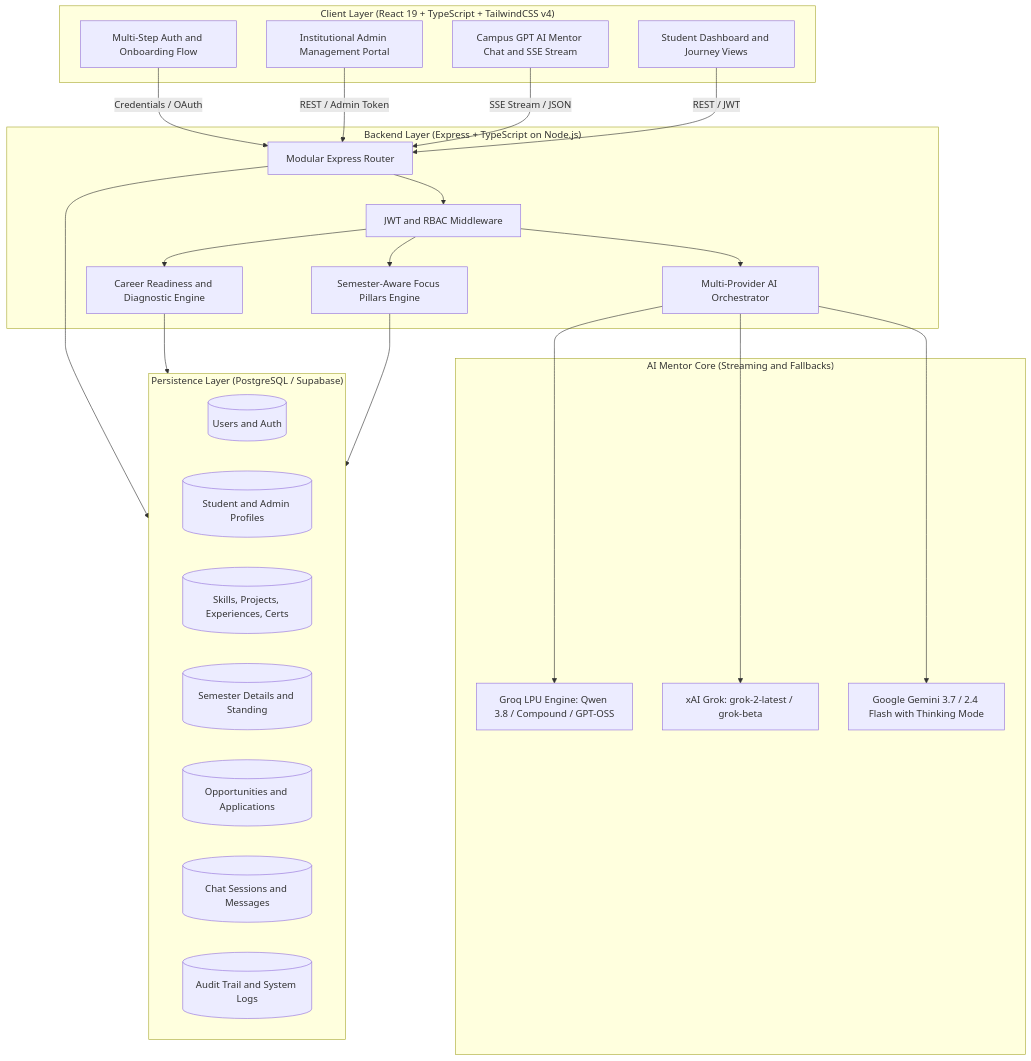
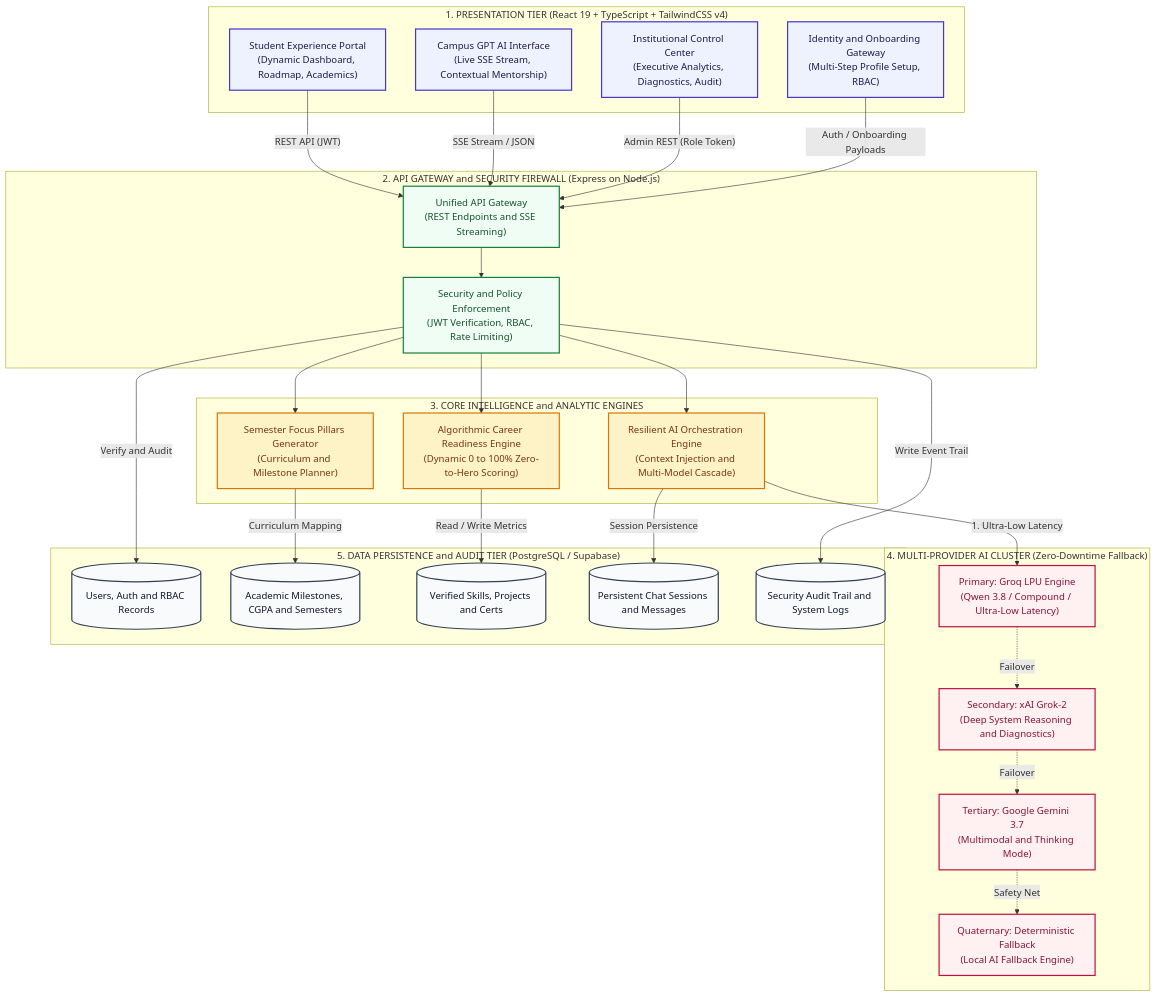
The diagram in README.md (aliraza5101/Campus-OS), drawn with Mermaid before and after one commit. The commit also changed other lines of this file, not shown here.

Commit message:
docs: upgrade system architecture to 5-tier enterprise diagram with evaluators breakdown

````diff
--- a/README.md
+++ b/README.md
@@ -54,51 +54,90 @@
 ```mermaid
-graph TD
-    subgraph Frontend ["Client Layer (React 19 + TypeScript + TailwindCSS v4)"]
-        UI_Student["Student Dashboard and Journey Views"]
-        UI_AI["Campus GPT AI Mentor Chat and SSE Stream"]
-        UI_Admin["Institutional Admin Management Portal"]
-        UI_Auth["Multi-Step Auth and Onboarding Flow"]
+graph TB
+    %% ========================================================
+    %% 1. PRESENTATION TIER (CLIENT EXPERIENCE)
+    %% ========================================================
+    subgraph ClientTier ["1. PRESENTATION TIER (React 19 + TypeScript + TailwindCSS v4)"]
+        UI_Student["Student Experience Portal<br/>(Dynamic Dashboard, Roadmap, Academics)"]
+        UI_AI["Campus GPT AI Interface<br/>(Live SSE Stream, Contextual Mentorship)"]
+        UI_Admin["Institutional Control Center<br/>(Executive Analytics, Diagnostics, Audit)"]
+        UI_Auth["Identity and Onboarding Gateway<br/>(Multi-Step Profile Setup, RBAC)"]
     end
 
-    subgraph Server ["Backend Layer (Express + TypeScript on Node.js)"]
-        SVR_Router["Modular Express Router"]
-        MW_Auth["JWT and RBAC Middleware"]
-        ENG_Pillars["Semester-Aware Focus Pillars Engine"]
-        ENG_Readiness["Career Readiness and Diagnostic Engine"]
-        ENG_AI["Multi-Provider AI Orchestrator"]
+    %% ========================================================
+    %% 2. API & SECURITY GATEWAY
+    %% ========================================================
+    subgraph GatewayTier ["2. API GATEWAY and SECURITY FIREWALL (Express on Node.js)"]
+        API_Gateway["Unified API Gateway<br/>(REST Endpoints and SSE Streaming)"]
+        MW_Security["Security and Policy Enforcement<br/>(JWT Verification, RBAC, Rate Limiting)"]
     end
 
-    subgraph AI_Providers ["AI Mentor Core (Streaming and Fallbacks)"]
-        AI_Groq["Groq LPU Engine: Qwen 3.8 / Compound / GPT-OSS"]
-        AI_Grok["xAI Grok: grok-2-latest / grok-beta"]
-        AI_Gemini["Google Gemini 3.7 / 2.4 Flash with Thinking Mode"]
+    %% ========================================================
+    %% 3. BUSINESS LOGIC & ENGINES
+    %% ========================================================
+    subgraph CoreTier ["3. CORE INTELLIGENCE and ANALYTIC ENGINES"]
+        ENG_Readiness["Algorithmic Career Readiness Engine<br/>(Dynamic 0 to 100% Zero-to-Hero Scoring)"]
+        ENG_Pillars["Semester Focus Pillars Generator<br/>(Curriculum and Milestone Planner)"]
+        ENG_Orchestrator["Resilient AI Orchestration Engine<br/>(Context Injection and Multi-Model Cascade)"]
     end
 
-    subgraph Database ["Persistence Layer (PostgreSQL / Supabase)"]
-        DB_Users[("Users and Auth")]
-        DB_Profiles[("Student and Admin Profiles")]
-        DB_Portfolio[("Skills, Projects, Experiences, Certs")]
-        DB_Academics[("Semester Details and Standing")]
-        DB_Opp[("Opportunities and Applications")]
-        DB_Chat[("Chat Sessions and Messages")]
-        DB_Logs[("Audit Trail and System Logs")]
+    %% ========================================================
+    %% 4. MULTI-MODEL AI CLUSTER
+    %% ========================================================
+    subgraph AITier ["4. MULTI-PROVIDER AI CLUSTER (Zero-Downtime Fallback)"]
+        LLM_Groq["Primary: Groq LPU Engine<br/>(Qwen 3.8 / Compound / Ultra-Low Latency)"]
+        LLM_Grok["Secondary: xAI Grok-2<br/>(Deep System Reasoning and Diagnostics)"]
+        LLM_Gemini["Tertiary: Google Gemini 3.7<br/>(Multimodal and Thinking Mode)"]
+        LLM_Local["Quaternary: Deterministic Fallback<br/>(Local AI Fallback Engine)"]
     end
 
-    UI_Student -->|REST / JWT| SVR_Router
-    UI_AI -->|SSE Stream / JSON| SVR_Router
-    UI_Admin -->|REST / Admin Token| SVR_Router
-    UI_Auth -->|Credentials / OAuth| SVR_Router
+    %% ========================================================
+    %% 5. PERSISTENCE & AUDIT TIER
+    %% ========================================================
+    subgraph DataTier ["5. DATA PERSISTENCE and AUDIT TIER (PostgreSQL / Supabase)"]
+        DB_Identity[("Users, Auth and RBAC Records")]
+        DB_Academic[("Academic Milestones, CGPA and Semesters")]
+        DB_Portfolio[("Verified Skills, Projects and Certs")]
+        DB_Intelligence[("Persistent Chat Sessions and Messages")]
+        DB_Audit[("Security Audit Trail and System Logs")]
+    end
 
-    SVR_Router --> MW_Auth
-    MW_Auth --> ENG_Pillars
-    MW_Auth --> ENG_Readiness
-    MW_Auth --> ENG_AI
+    %% Client to Gateway Connections
+    UI_Student -->|"REST API (JWT)"| API_Gateway
+    UI_AI -->|"SSE Stream / JSON"| API_Gateway
+    UI_Admin -->|"Admin REST (Role Token)"| API_Gateway
+    UI_Auth -->|"Auth / Onboarding Payloads"| API_Gateway
 
-    ENG_AI --> AI_Groq
-    ENG_AI --> AI_Grok
-    ENG_AI --> AI_Gemini
+    %% Gateway to Security
+    API_Gateway --> MW_Security
 
-    ENG_Pillars --> Database
-    ENG_Readiness --> Database
-    SVR_Router --> Database
+    %% Security to Core Engines
+    MW_Security --> ENG_Readiness
+    MW_Security --> ENG_Pillars
+    MW_Security --> ENG_Orchestrator
+
+    %% Dynamic AI Orchestration Cascade
+    ENG_Orchestrator -->|"1. Ultra-Low Latency"| LLM_Groq
+    LLM_Groq -.->|"Failover"| LLM_Grok
+    LLM_Grok -.->|"Failover"| LLM_Gemini
+    LLM_Gemini -.->|"Safety Net"| LLM_Local
+
+    %% Engines to Database Entities
+    ENG_Readiness -->|"Read / Write Metrics"| DB_Portfolio
+    ENG_Pillars -->|"Curriculum Mapping"| DB_Academic
+    ENG_Orchestrator -->|"Session Persistence"| DB_Intelligence
+    MW_Security -->|"Verify and Audit"| DB_Identity
+    MW_Security -->|"Write Event Trail"| DB_Audit
+
+    %% Visual Styling Classes for Judges
+    classDef client fill:#EEF2FF,stroke:#4338CA,stroke-width:2px,color:#1E1B4B;
+    classDef gateway fill:#F0FDF4,stroke:#15803D,stroke-width:2px,color:#14532D;
+    classDef core fill:#FEF3C7,stroke:#D97706,stroke-width:2px,color:#78350F;
+    classDef ai fill:#FFF1F2,stroke:#BE123C,stroke-width:2px,color:#881337;
+    classDef data fill:#F8FAFC,stroke:#334155,stroke-width:2px,color:#0F172A;
+
+    class UI_Student,UI_AI,UI_Admin,UI_Auth client;
+    class API_Gateway,MW_Security gateway;
+    class ENG_Readiness,ENG_Pillars,ENG_Orchestrator core;
+    class LLM_Groq,LLM_Grok,LLM_Gemini,LLM_Local ai;
+    class DB_Identity,DB_Academic,DB_Portfolio,DB_Intelligence,DB_Audit data;
 ```
````
